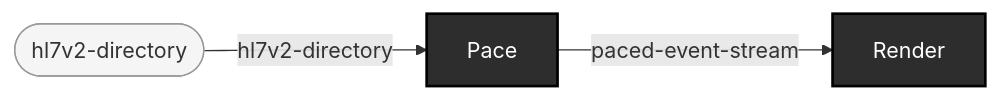
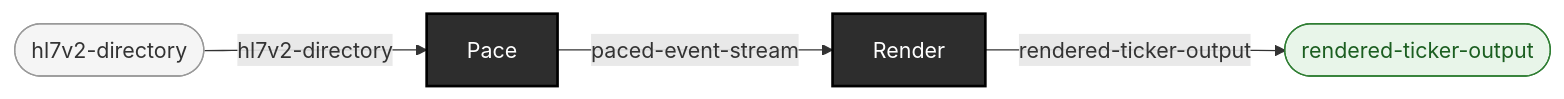
One commit to pragsmike/ehr-testing-tools changed the diagram in docs/use-cases/play-a-generated-corpus-back-over-time.md. Above: the diagram before and after it, drawn with Mermaid. The commit also changed 21 other files, not shown here.

First line of the commit message:
docs: regenerate use-case pages and pipeline diagram with result nodes (mechanical, zero hand edits)

````diff
--- a/docs/use-cases/play-a-generated-corpus-back-over-time.md
+++ b/docs/use-cases/play-a-generated-corpus-back-over-time.md
@@ -40,26 +40,33 @@
 ```mermaid
 flowchart LR
 
     %% --- Source types (raw inputs, not produced by any operation) ---
     hl7v2_directory(["hl7v2-directory"])
 
     %% --- Operations (boxes; spiders use distinct shapes) ---
     Pace["Pace"]
     Render["Render"]
 
+    %% --- Result types (terminal outputs) ---
+    rendered_ticker_output_out(["rendered-ticker-output"])
+
     %% --- Wires (typed connections) ---
     %% Arrow 1: Pace
     hl7v2_directory -- hl7v2-directory --> Pace
 
     %% Arrow 2: Render
     Pace -- paced-event-stream --> Render
+    Render -- "rendered-ticker-output" --> rendered_ticker_output_out
 
     %% --- Styling ---
 
     %% Operations: dark boxes (fan=blue, funnel=green, enrichment=outlined, gate=purple, external=dashed)
     style Pace fill:#2d2d2d,stroke:#000,color:#fff,stroke-width:2px
     style Render fill:#2d2d2d,stroke:#000,color:#fff,stroke-width:2px
 
     %% Source types: light rounded
     style hl7v2_directory fill:#f5f5f5,stroke:#999,color:#333
+
+    %% Result types (terminal outputs): green rounded
+    style rendered_ticker_output_out fill:#e8f5e9,stroke:#2e7d32,color:#1b5e20
 ```
````
